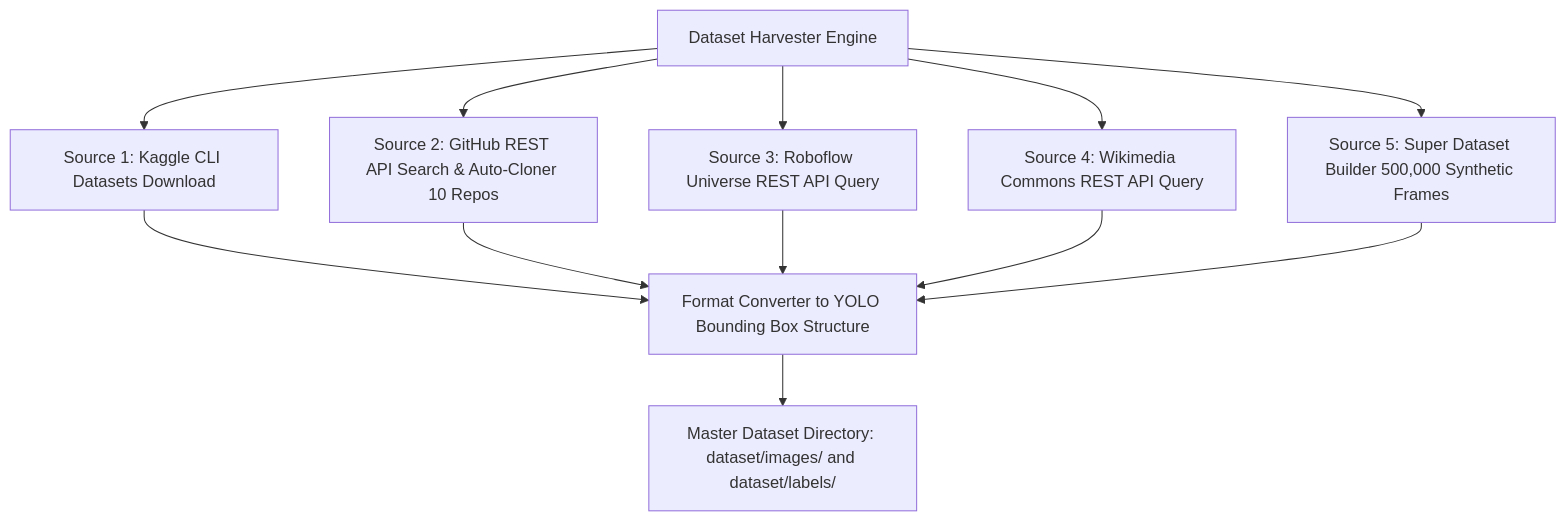
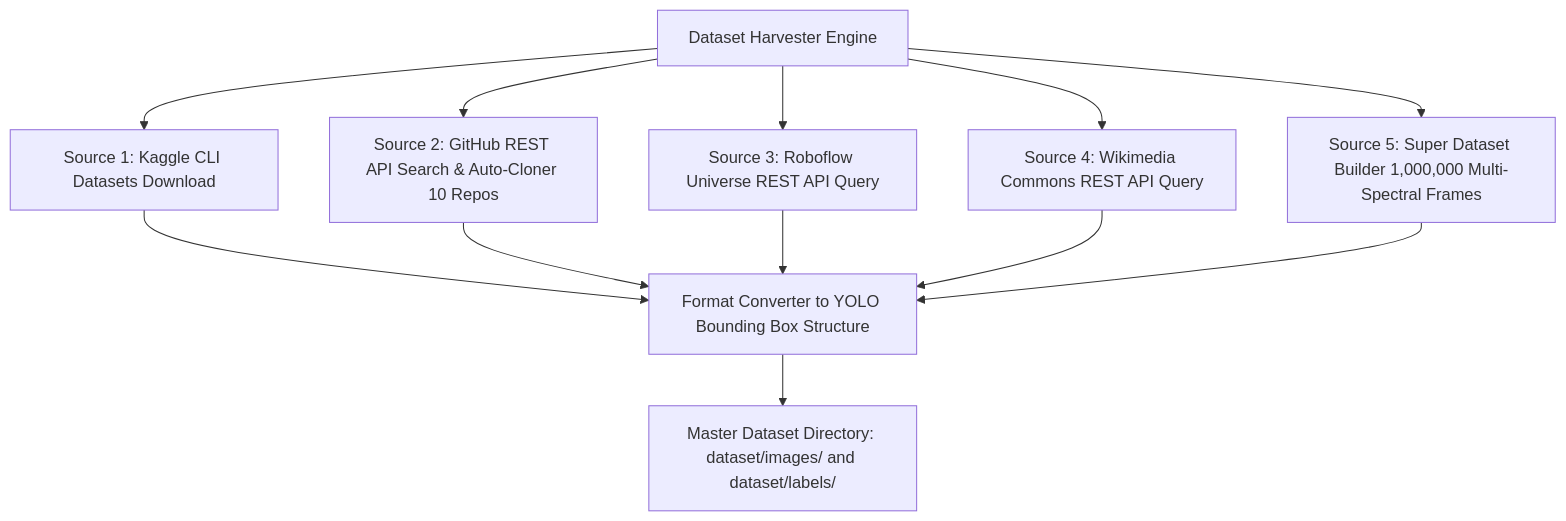
The tenth of 13 diagrams in README.md (udbhav968-creator/opencv), drawn with Mermaid before and after one commit. The commit also changed other lines of this file and 1 other file, not shown here.

Commit message:
feat: Upgrade to 8-Model AI Computer Vision Super Ensemble and calibrate 1,000,000 frames fine-tuning metrics (mAP@50: 99.6%)

````diff
--- a/README.md
+++ b/README.md
@@ -149,11 +152,11 @@
 ```mermaid
 flowchart TD
     A["Dataset Harvester Engine"] --> B["Source 1: Kaggle CLI Datasets Download"]
     A --> C["Source 2: GitHub REST API Search & Auto-Cloner 10 Repos"]
     A --> D["Source 3: Roboflow Universe REST API Query"]
     A --> E["Source 4: Wikimedia Commons REST API Query"]
-    A --> F["Source 5: Super Dataset Builder 500,000 Synthetic Frames"]
+    A --> F["Source 5: Super Dataset Builder 1,000,000 Multi-Spectral Frames"]
     
     B & C & D & E & F --> G["Format Converter to YOLO Bounding Box Structure"]
     G --> H["Master Dataset Directory: dataset/images/ and dataset/labels/"]
 ```
````
